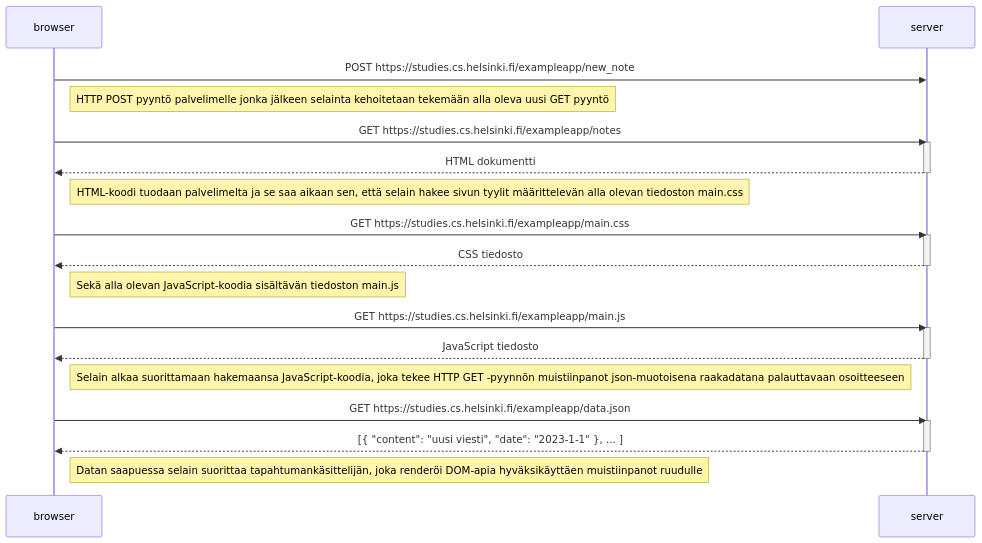
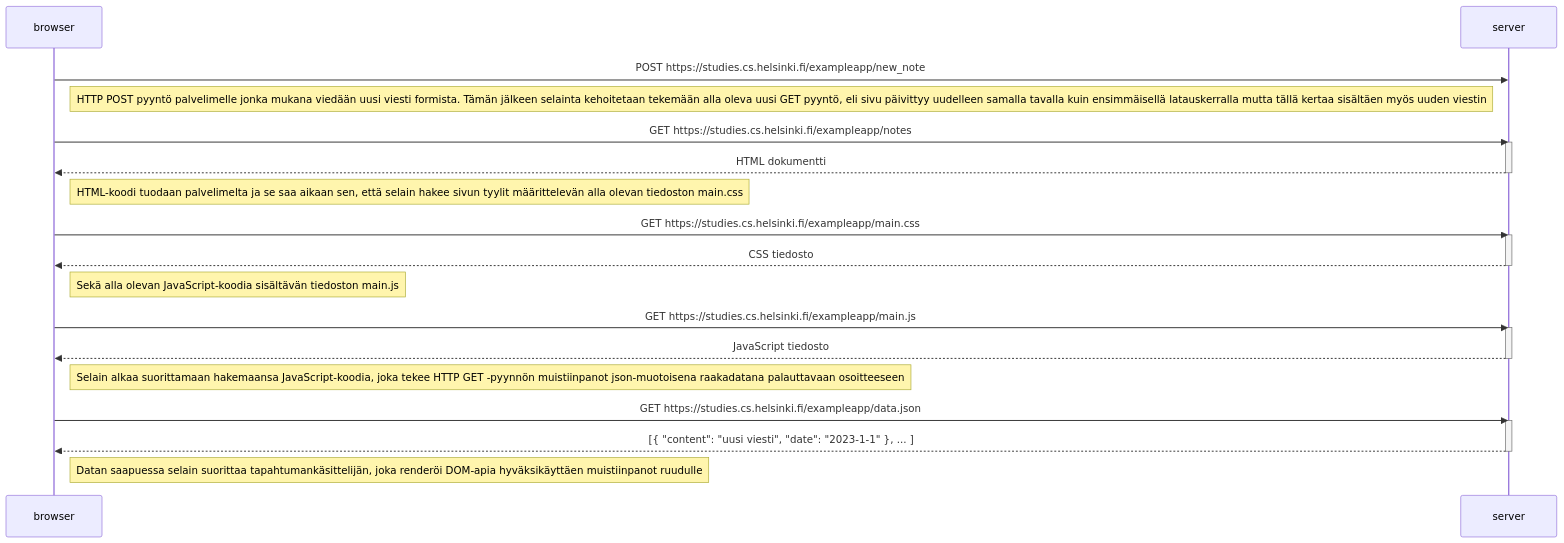
Before and after one commit to JoonasKemppainen/full-stack-open: the diagram in osa0/osa0_4.md, drawn with Mermaid.

Commit message:
viilausta2

````diff
--- a/osa0/osa0_4.md
+++ b/osa0/osa0_4.md
@@ -1,37 +1,37 @@
 ```mermaid
 sequenceDiagram
     participant browser
     participant server
     
     browser->>server: POST https://studies.cs.helsinki.fi/exampleapp/new_note
 
-    Note right of browser: HTTP POST pyyntö palvelimelle jonka jälkeen selainta kehoitetaan tekemään alla oleva uusi GET pyyntö
+    Note right of browser: HTTP POST pyyntö palvelimelle jonka mukana viedään uusi viesti formista. Tämän jälkeen selainta kehoitetaan tekemään alla oleva uusi GET pyyntö, eli sivu päivittyy uudelleen samalla tavalla kuin ensimmäisellä latauskerralla mutta tällä kertaa sisältäen myös uuden viestin
 
     browser->>server: GET https://studies.cs.helsinki.fi/exampleapp/notes
     activate server
     server-->>browser: HTML dokumentti
     deactivate server
 
     Note right of browser: HTML-koodi tuodaan palvelimelta ja se saa aikaan sen, että selain hakee sivun tyylit määrittelevän alla olevan tiedoston main.css
     
     browser->>server: GET https://studies.cs.helsinki.fi/exampleapp/main.css
     activate server
     server-->>browser: CSS tiedosto
     deactivate server
 
     Note right of browser: Sekä alla olevan JavaScript-koodia sisältävän tiedoston main.js
     
     browser->>server: GET https://studies.cs.helsinki.fi/exampleapp/main.js
     activate server
     server-->>browser: JavaScript tiedosto
     deactivate server
     
     Note right of browser: Selain alkaa suorittamaan hakemaansa JavaScript-koodia, joka tekee HTTP GET -pyynnön muistiinpanot json-muotoisena raakadatana palauttavaan osoitteeseen
     
     browser->>server: GET https://studies.cs.helsinki.fi/exampleapp/data.json
     activate server
     server-->>browser: [{ "content": "uusi viesti", "date": "2023-1-1" }, ... ]
     deactivate server    
 
     Note right of browser: Datan saapuessa selain suorittaa tapahtumankäsittelijän, joka renderöi DOM-apia hyväksikäyttäen muistiinpanot ruudulle
 ```
````
